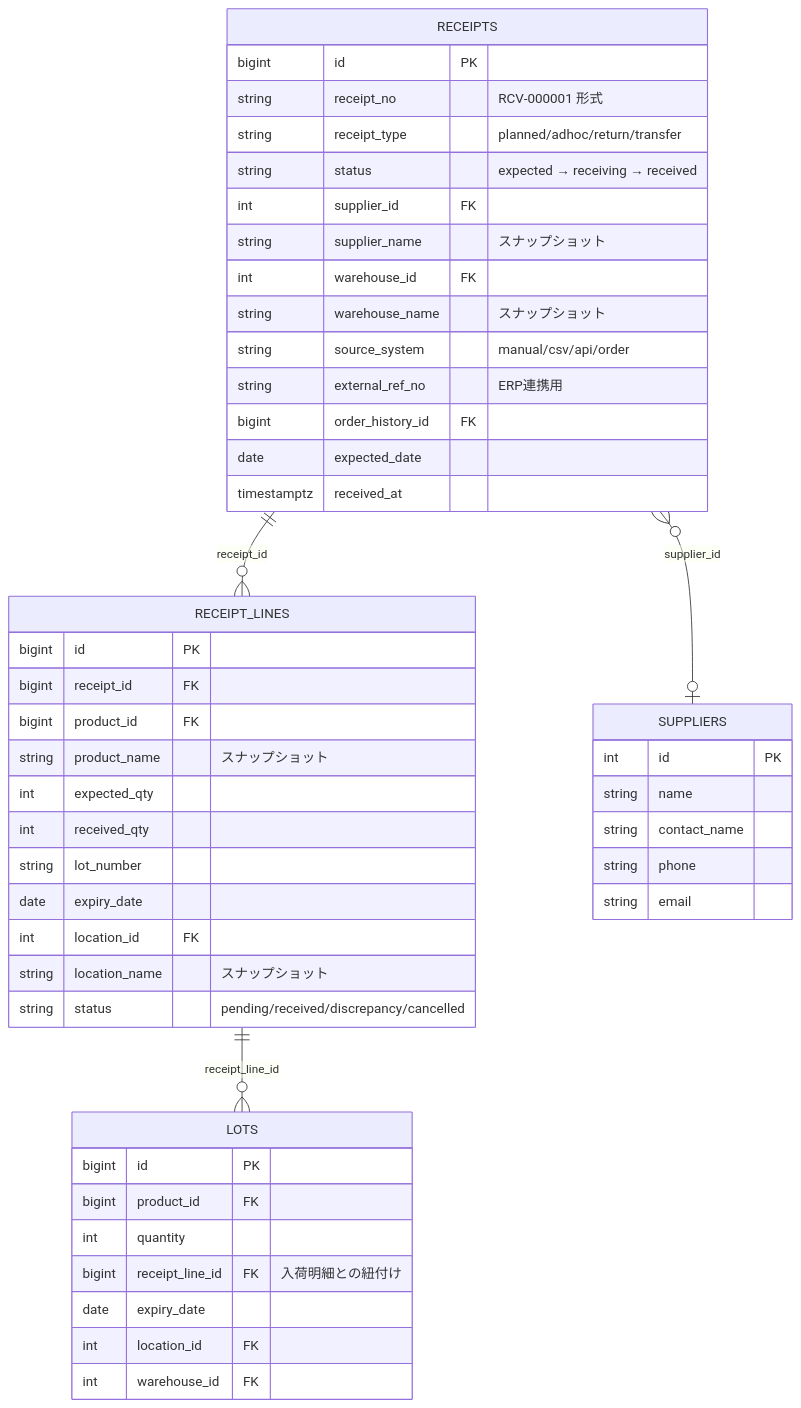
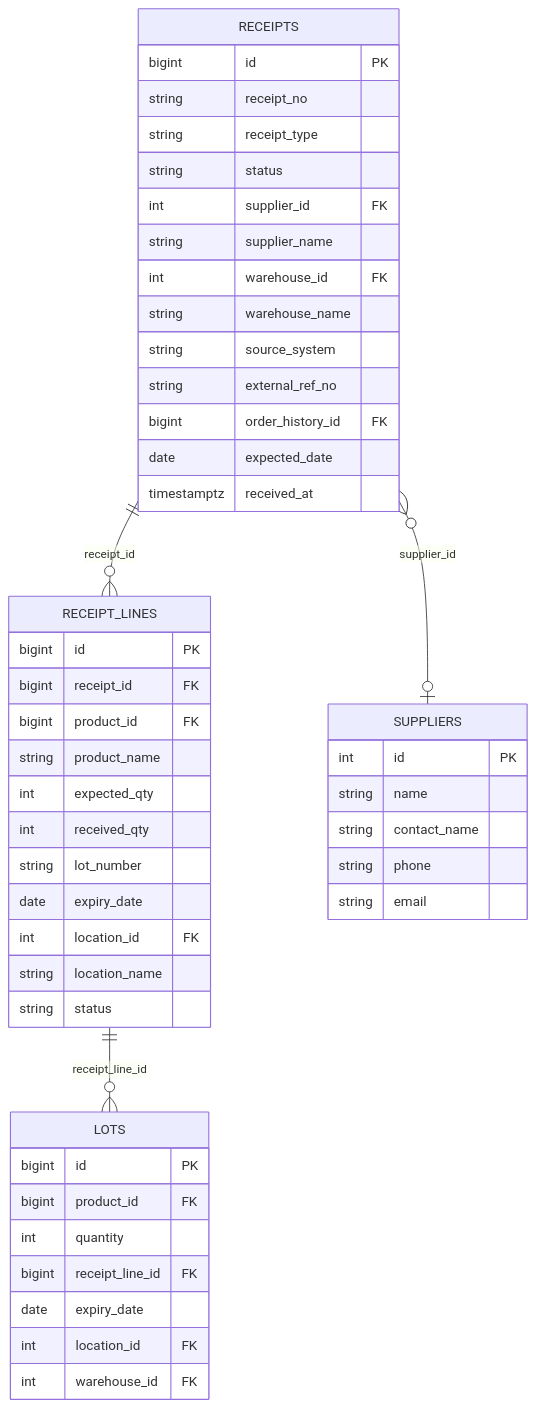
One commit to naoki3/order-assist changed the third of 5 diagrams in docs/er-diagram.md. Above: the diagram before and after it, drawn with Mermaid. The commit also changed other lines of this file, not shown here.

First line of the commit message:
docs: fix all Mermaid erDiagram parse errors

````diff
--- a/docs/er-diagram.md
+++ b/docs/er-diagram.md
@@ -406,55 +372,55 @@
 ```mermaid
 erDiagram
 
     RECEIPTS {
         bigint id PK
-        string receipt_no "RCV-000001 形式"
-        string receipt_type "planned/adhoc/return/transfer"
-        string status "expected → receiving → received"
+        string receipt_no
+        string receipt_type
+        string status
         int supplier_id FK
-        string supplier_name "スナップショット"
+        string supplier_name
         int warehouse_id FK
-        string warehouse_name "スナップショット"
-        string source_system "manual/csv/api/order"
-        string external_ref_no "ERP連携用"
+        string warehouse_name
+        string source_system
+        string external_ref_no
         bigint order_history_id FK
         date expected_date
         timestamptz received_at
     }
 
     RECEIPT_LINES {
         bigint id PK
         bigint receipt_id FK
         bigint product_id FK
-        string product_name "スナップショット"
+        string product_name
         int expected_qty
         int received_qty
         string lot_number
         date expiry_date
         int location_id FK
-        string location_name "スナップショット"
-        string status "pending/received/discrepancy/cancelled"
+        string location_name
+        string status
     }
 
     LOTS {
         bigint id PK
         bigint product_id FK
         int quantity
-        bigint receipt_line_id FK "入荷明細との紐付け"
+        bigint receipt_line_id FK
         date expiry_date
         int location_id FK
         int warehouse_id FK
     }
 
     SUPPLIERS {
         int id PK
         string name
         string contact_name
         string phone
         string email
     }
 
     RECEIPTS }o--o| SUPPLIERS : "supplier_id"
     RECEIPTS ||--o{ RECEIPT_LINES : "receipt_id"
     RECEIPT_LINES ||--o{ LOTS : "receipt_line_id"
 ```
````
